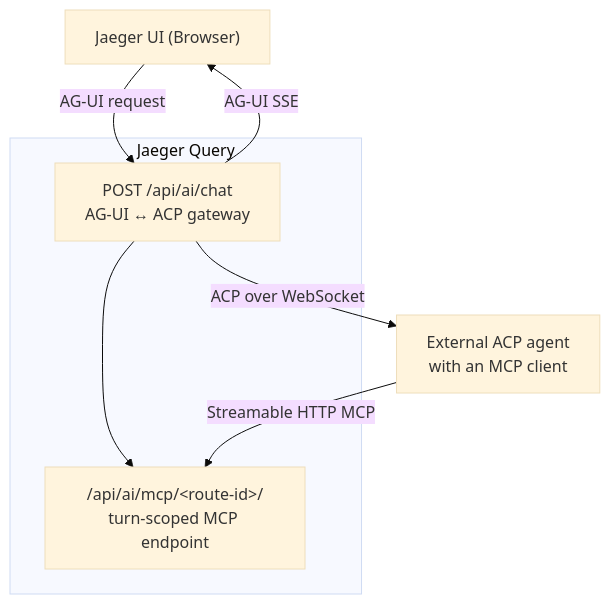
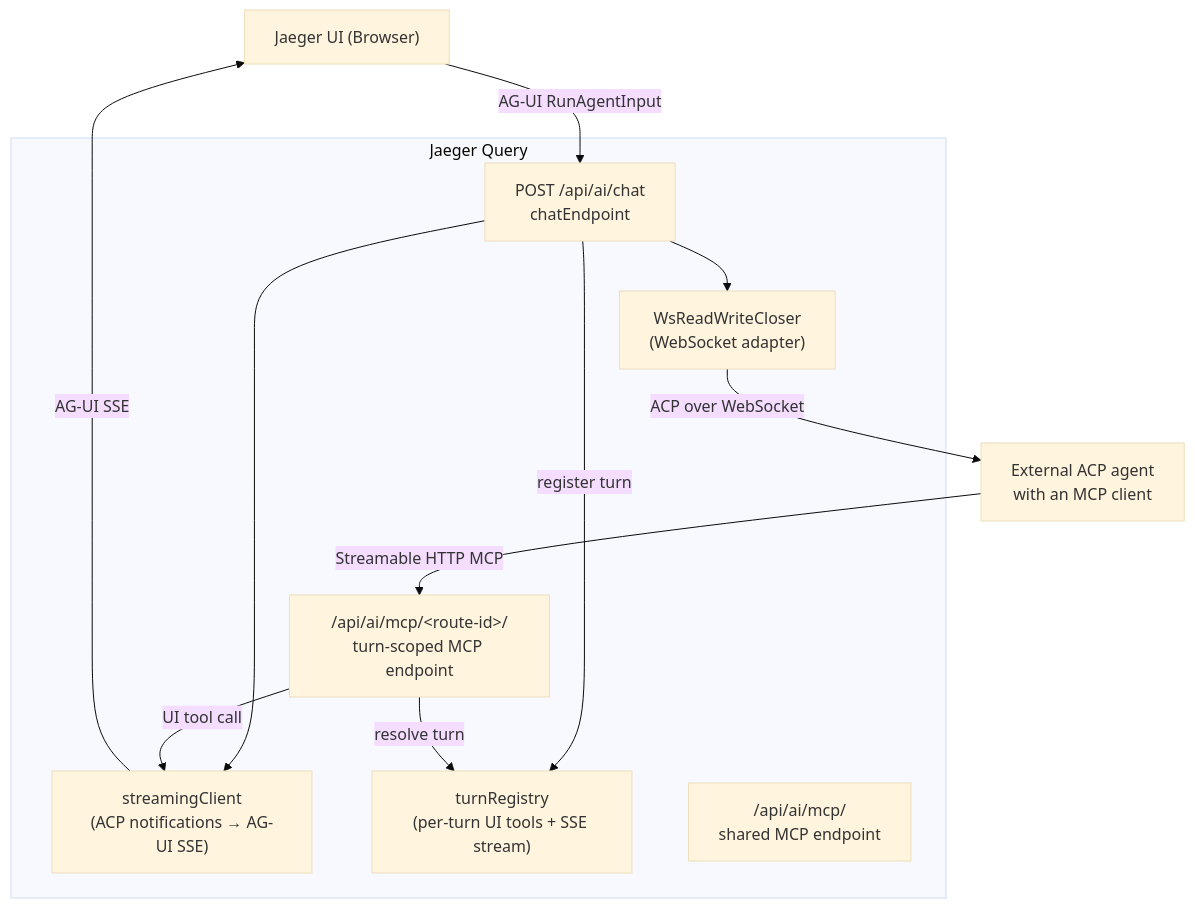
One commit to jaegertracing/jaeger changed the first of 2 diagrams in cmd/jaeger/internal/extension/jaegerquery/internal/jaegerai/README.md. Above: the diagram before and after it, drawn with Mermaid (base theme). The commit also changed other lines of this file and 8 other files, not shown here.

First line of the commit message:
fix(ai): Namespace UI tools on the turn-scoped MCP endpoint

````diff
--- a/cmd/jaeger/internal/extension/jaegerquery/internal/jaegerai/README.md
+++ b/cmd/jaeger/internal/extension/jaegerquery/internal/jaegerai/README.md
@@ -14,17 +14,25 @@
 ```mermaid
 flowchart TB
     UI["Jaeger UI (Browser)"]
 
     subgraph jaeger["Jaeger Query"]
-        CHAT["POST /api/ai/chat<br>AG-UI ↔ ACP gateway"]
+        CHAT["POST /api/ai/chat<br>chatEndpoint"]
+        SC["streamingClient<br>(ACP notifications → AG-UI SSE)"]
+        WS["WsReadWriteCloser<br>(WebSocket adapter)"]
+        TURNS["turnRegistry<br>(per-turn UI tools + SSE stream)"]
         MCP["/api/ai/mcp/&lt;route-id&gt;/<br>turn-scoped MCP endpoint"]
-        CHAT --> MCP
+        SHARED["/api/ai/mcp/<br>shared MCP endpoint"]
+        CHAT --> SC
+        CHAT --> WS
+        CHAT -- "register turn" --> TURNS
+        MCP -- "resolve turn" --> TURNS
+        MCP -- "UI tool call" --> SC
     end
 
     AGENT["External ACP agent<br>with an MCP client"]
 
-    UI -- "AG-UI request" --> CHAT
-    CHAT -- "AG-UI SSE" --> UI
-    CHAT -- "ACP over WebSocket" --> AGENT
+    UI -- "AG-UI RunAgentInput" --> CHAT
+    SC -- "AG-UI SSE" --> UI
+    WS -- "ACP over WebSocket" --> AGENT
     AGENT -- "Streamable HTTP MCP" --> MCP
 ```
````
